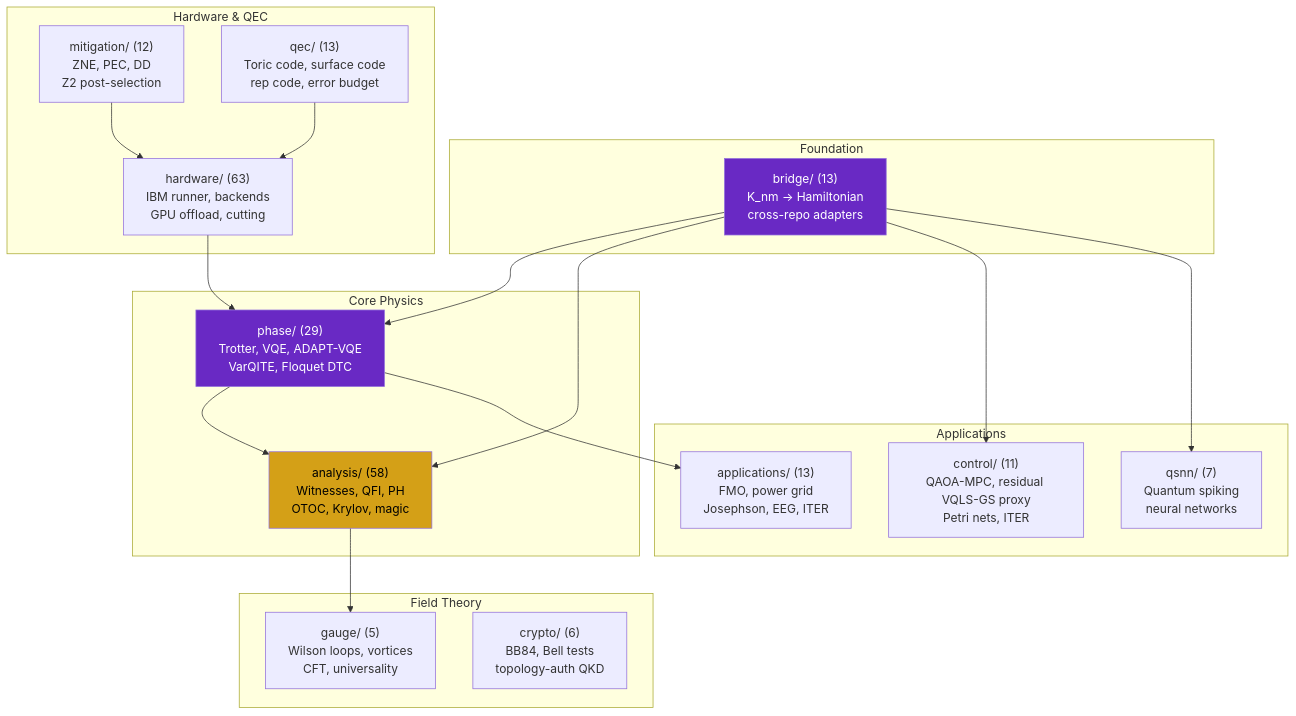
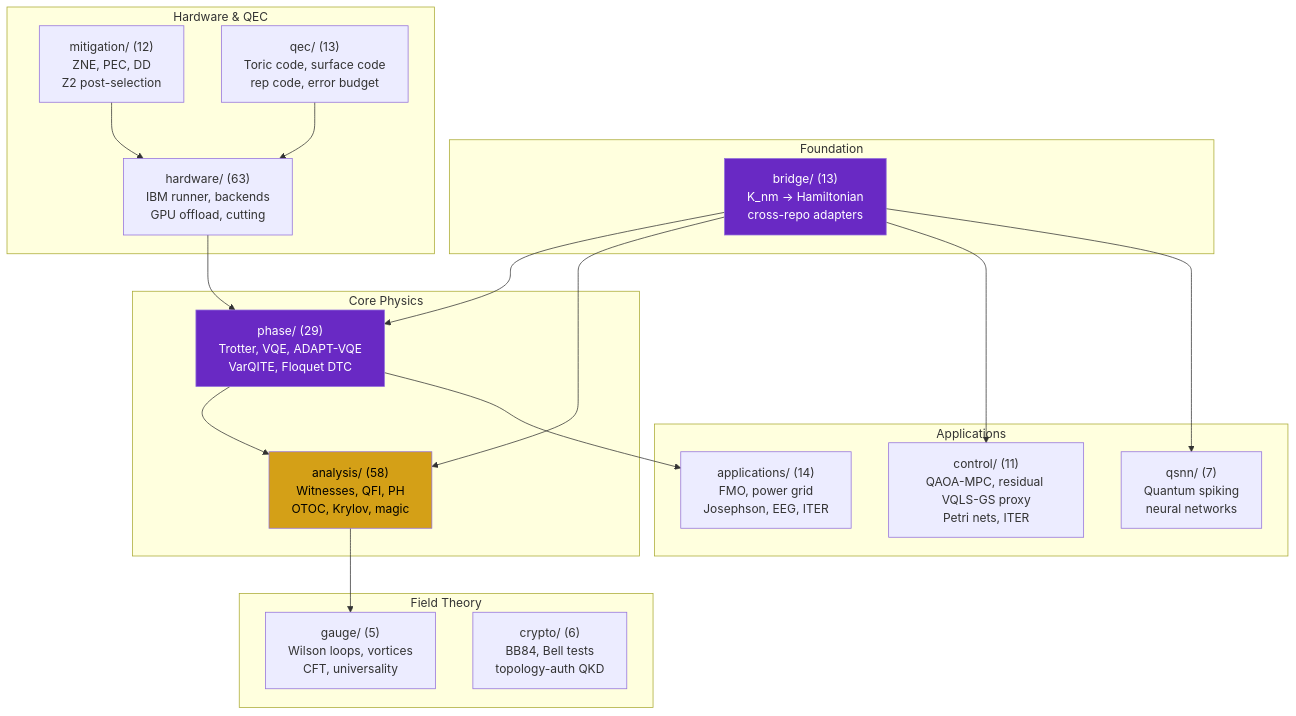
The first of 2 diagrams in README.md (anulum/scpn-quantum-control), drawn with Mermaid before and after one commit. The commit also changed other lines of this file and 12 other files, not shown here.

````diff
--- a/README.md
+++ b/README.md
@@ -656,43 +656,43 @@
 ```mermaid
 graph TD
     subgraph Foundation
         bridge["bridge/ (13)\nK_nm → Hamiltonian\ncross-repo adapters"]
     end
 
     subgraph "Core Physics"
         phase["phase/ (29)\nTrotter, VQE, ADAPT-VQE\nVarQITE, Floquet DTC"]
         analysis["analysis/ (58)\nWitnesses, QFI, PH\nOTOC, Krylov, magic"]
     end
 
     subgraph "Applications"
         control["control/ (11)\nQAOA-MPC, residual VQLS-GS proxy\nPetri nets, ITER"]
         qsnn["qsnn/ (7)\nQuantum spiking\nneural networks"]
-        apps["applications/ (13)\nFMO, power grid\nJosephson, EEG, ITER"]
+        apps["applications/ (14)\nFMO, power grid\nJosephson, EEG, ITER"]
     end
 
     subgraph "Hardware & QEC"
         hw["hardware/ (63)\nIBM runner, backends\nGPU offload, cutting"]
         mit["mitigation/ (12)\nZNE, PEC, DD\nZ2 post-selection"]
         qec["qec/ (13)\nToric code, surface code\nrep code, error budget"]
     end
 
     subgraph "Field Theory"
         gauge["gauge/ (5)\nWilson loops, vortices\nCFT, universality"]
         crypto["crypto/ (6)\nBB84, Bell tests\ntopology-auth QKD"]
     end
 
     bridge --> phase
     bridge --> analysis
     bridge --> control
     bridge --> qsnn
     phase --> analysis
     phase --> apps
     hw --> phase
     mit --> hw
     qec --> hw
     analysis --> gauge
 
     style bridge fill:#6929C4,color:#fff
     style analysis fill:#d4a017,color:#000
     style phase fill:#6929C4,color:#fff
 ```
````
